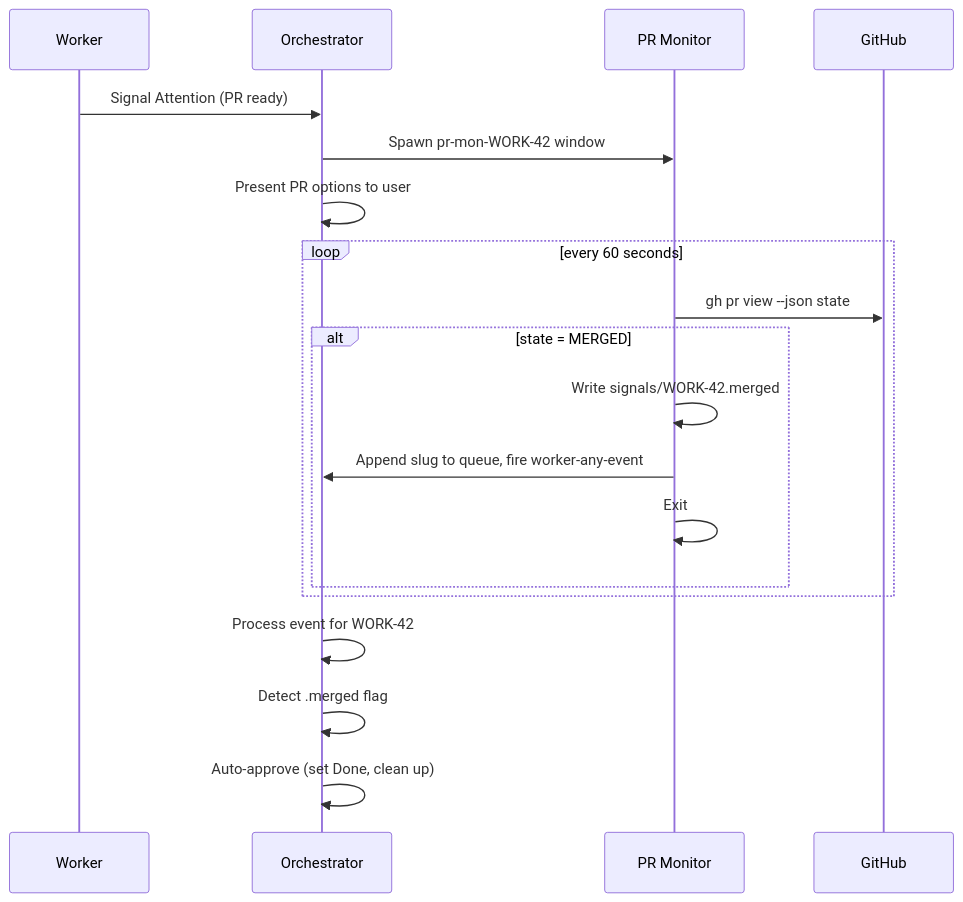
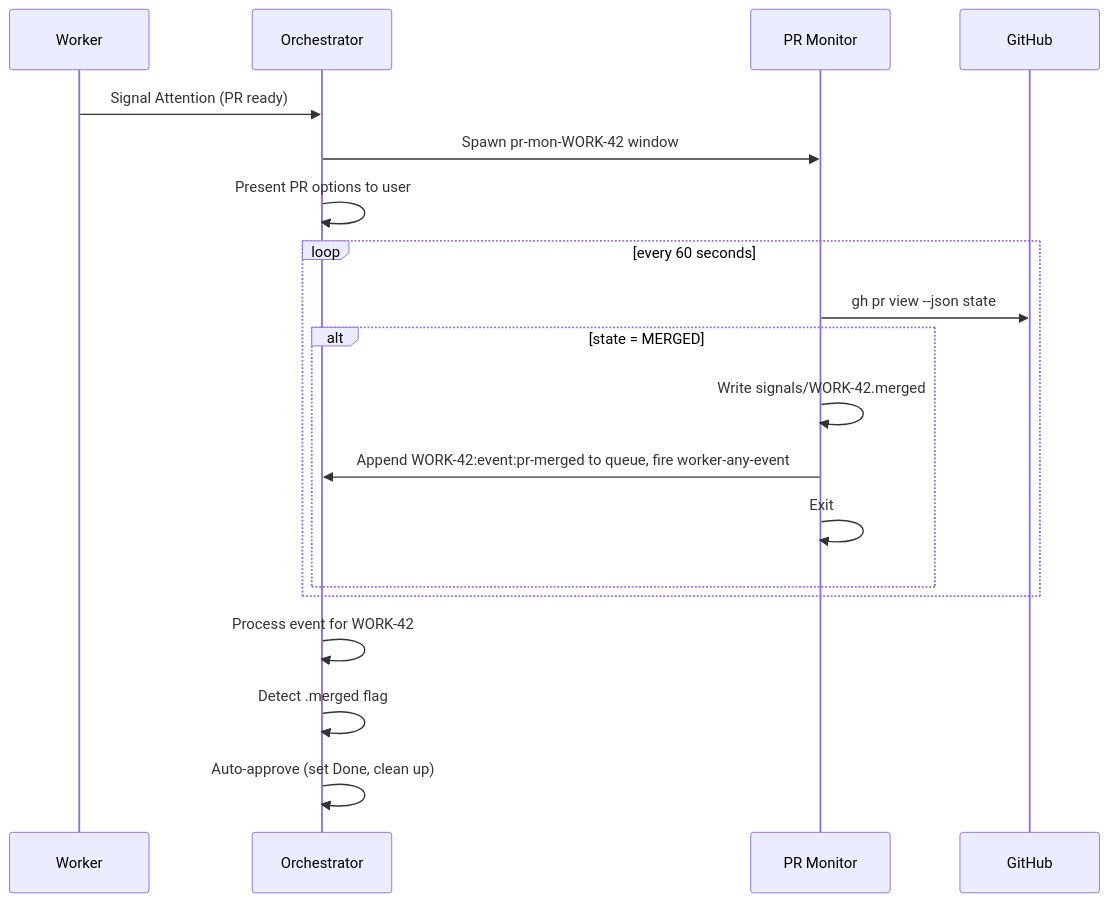
Before and after one commit to gara2000/agentmesh: the tenth of 13 diagrams in docs/agentic-workflow.md, drawn with Mermaid. The commit also changed other lines of this file and 13 other files, not shown here.

````diff
--- a/docs/agentic-workflow.md
+++ b/docs/agentic-workflow.md
@@ -294,24 +314,24 @@
 ```mermaid
 sequenceDiagram
     participant W as Worker
     participant O as Orchestrator
     participant PM as PR Monitor
     participant GH as GitHub
 
     W->>O: Signal Attention (PR ready)
     O->>PM: Spawn pr-mon-WORK-42 window
     O->>O: Present PR options to user
 
     loop every 60 seconds
         PM->>GH: gh pr view --json state
         alt state = MERGED
             PM->>PM: Write signals/WORK-42.merged
-            PM->>O: Append slug to queue, fire worker-any-event
+            PM->>O: Append WORK-42:event:pr-merged to queue, fire worker-any-event
             PM->>PM: Exit
         end
     end
 
     O->>O: Process event for WORK-42
     O->>O: Detect .merged flag
     O->>O: Auto-approve (set Done, clean up)
 ```
````
